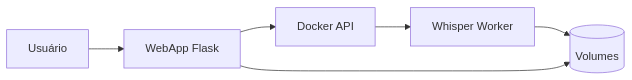
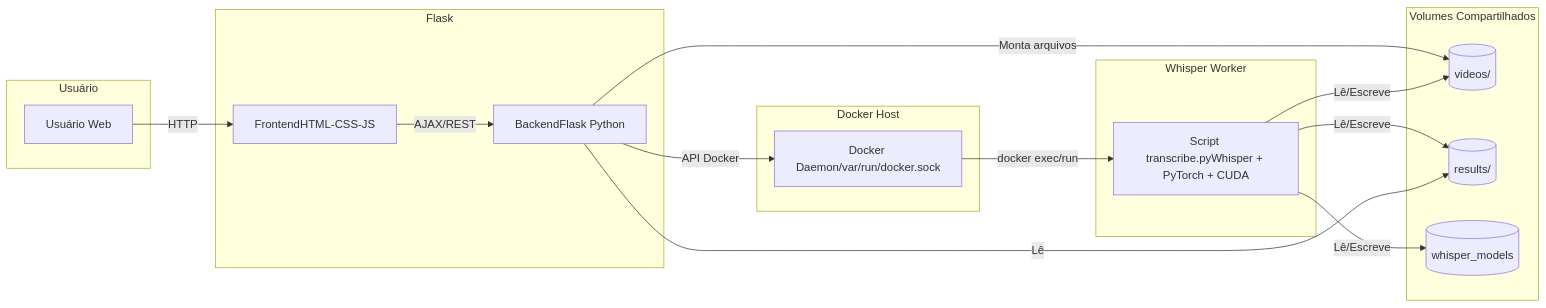
Before and after one commit to malvesro/transcribe: the first of 5 diagrams in README.md, drawn with Mermaid. The commit also changed other lines of this file and 33 other files, not shown here.

````diff
--- a/README.md
+++ b/README.md
@@ -117,8 +82,35 @@
 ```mermaid
-flowchart LR
-    U[Usuário] --> W[WebApp Flask]
-    W --> D[Docker API]
-    D --> WW[Whisper Worker]
-    WW --> V[(Volumes)]
-    W --> V
+    flowchart LR
+        subgraph Usuário
+            U[Usuário Web]
+        end
+
+        subgraph WebApp [Flask]
+            F[FrontendHTML-CSS-JS]
+            B[BackendFlask Python]
+        end
+
+        subgraph Docker Host
+            D[Docker Daemon/var/run/docker.sock]
+        end
+
+        subgraph Whisper Worker
+            W[Script transcribe.pyWhisper + PyTorch + CUDA]
+        end
+
+        subgraph Volumes Compartilhados
+            V1[(videos/)]
+            V2[(results/)]
+            VM[(whisper_models)]
+        end
+
+        U -- HTTP --> F
+        F -- AJAX/REST --> B
+        B -- API Docker --> D
+        D -- docker exec/run --> W
+        B -- Monta arquivos --> V1
+        W -- Lê/Escreve --> V1
+        W -- Lê/Escreve --> V2
+        W -- Lê/Escreve --> VM
+        B -- Lê --> V2
 ```
````
